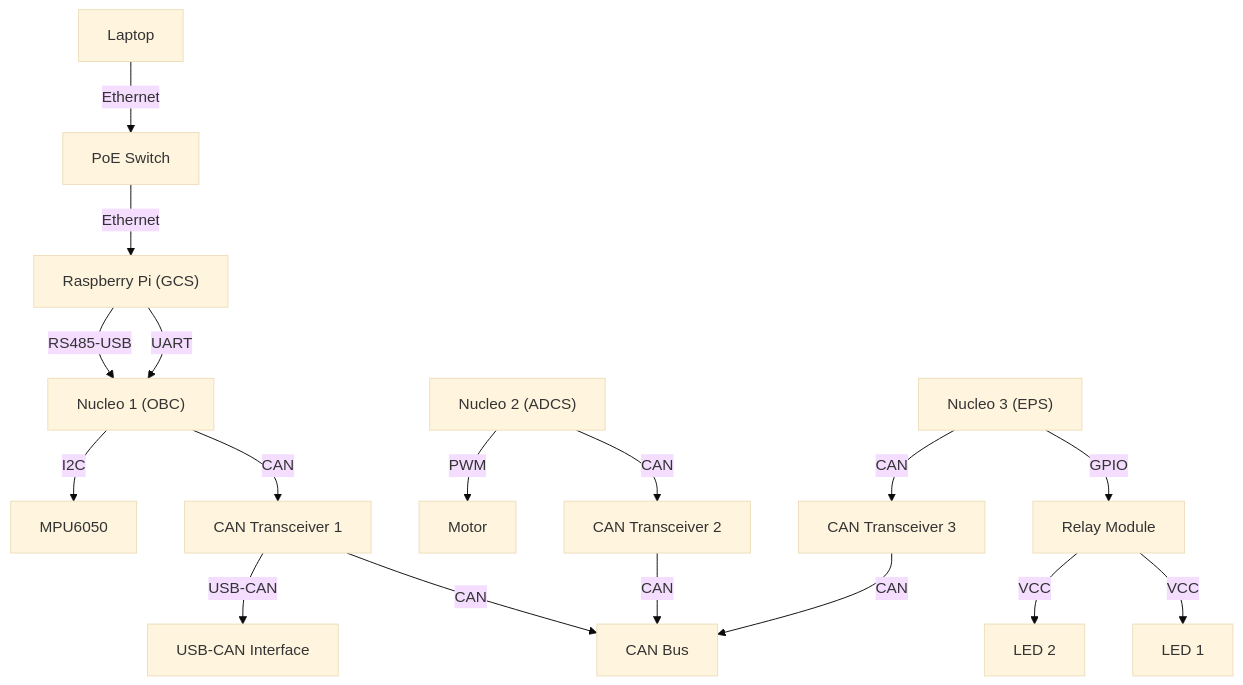
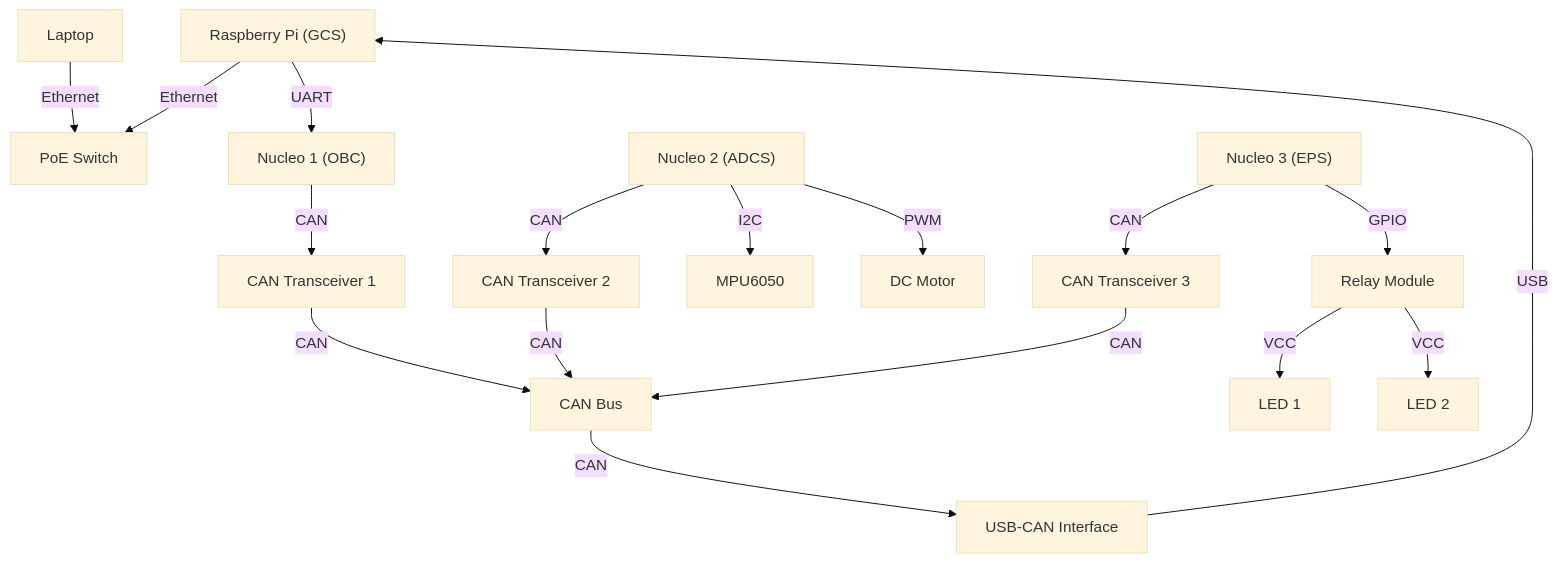
One commit to anthonygardner/flatsat changed the diagram in README.md. Above: the diagram before and after it, drawn with Mermaid (base theme). The commit also changed other lines of this file and 2 other files, not shown here.

````diff
--- a/README.md
+++ b/README.md
@@ -9,26 +15,25 @@
 ```mermaid
 graph TD
     Laptop -->|Ethernet| PoE[PoE Switch]
-    PoE -->|Ethernet| RPi["Raspberry Pi (GCS)"]
+    RPi["Raspberry Pi (GCS)"] --> |Ethernet| PoE
 
     RPi -->|UART| OBC["Nucleo 1 (OBC)"]
-    RPi -->|RS485-USB| OBC
 
     OBC -->|CAN| CT1[CAN Transceiver 1]
-    OBC -->|I2C| MPU[MPU6050]
 
     ADCS["Nucleo 2 (ADCS)"] -->|CAN| CT2[CAN Transceiver 2]
-    ADCS -->|PWM| Motor
+    ADCS -->|I2C| MPU[MPU6050]
+    ADCS -->|PWM| Motor[DC Motor]
 
+    EPS -->|CAN| CT3[CAN Transceiver 3]
     EPS["Nucleo 3 (EPS)"] -->|GPIO| Relay[Relay Module]
-    EPS -->|CAN| CT3[CAN Transceiver 3]
-
+    
     Relay -->|VCC| LED1[LED 1]
     Relay -->|VCC| LED2[LED 2]
 
     CT1 -->|CAN| Bus[CAN Bus]
     CT2 -->|CAN| Bus
     CT3 -->|CAN| Bus
 
-    CT1 -->|USB-CAN| ExtCAN[USB-CAN Interface]
+    Bus -->|CAN| ExtCAN[USB-CAN Interface] -->|USB| RPi
 ```
````
